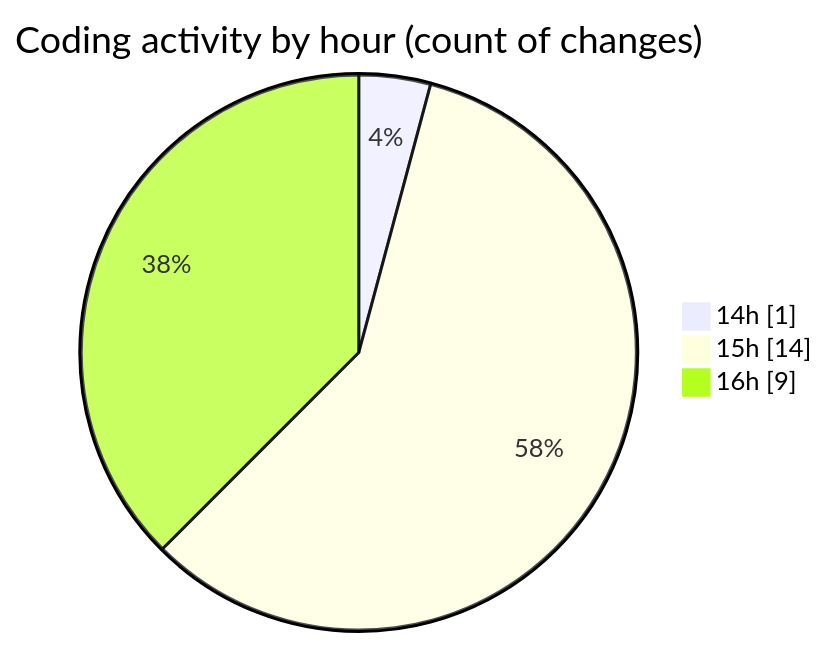
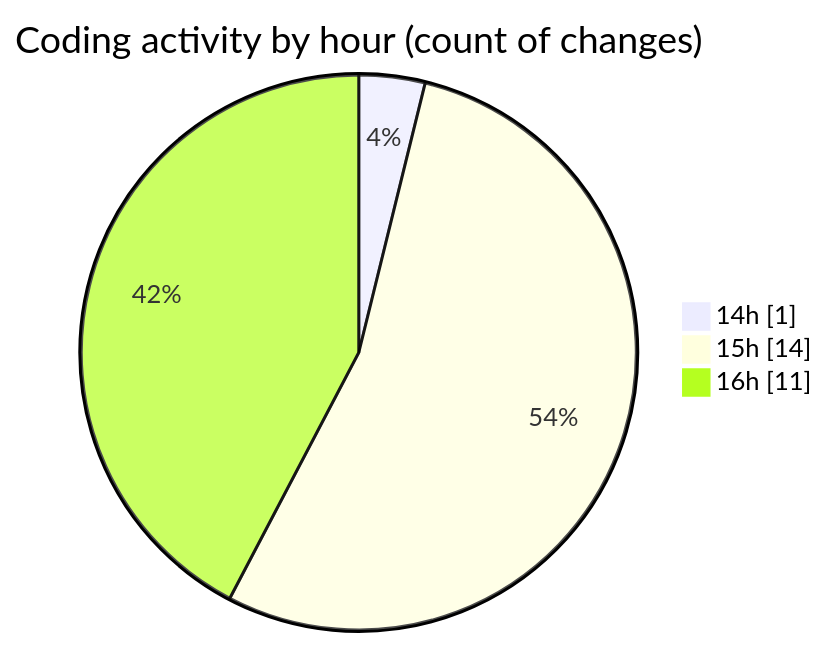
Before and after one commit to nxtqubesakshisongat/code-tracking: the second of 2 diagrams in 2025-05-12/argos-dev/README.md, drawn with Mermaid. The commit also changed other lines of this file and 1 other file, not shown here.

````diff
--- a/2025-05-12/argos-dev/README.md
+++ b/2025-05-12/argos-dev/README.md
@@ -29,7 +30,7 @@
 ```mermaid
 pie showData
 title Coding activity by hour (count of changes)
 "14h" : 1
 "15h" : 14
-"16h" : 9
+"16h" : 11
 ```
````
